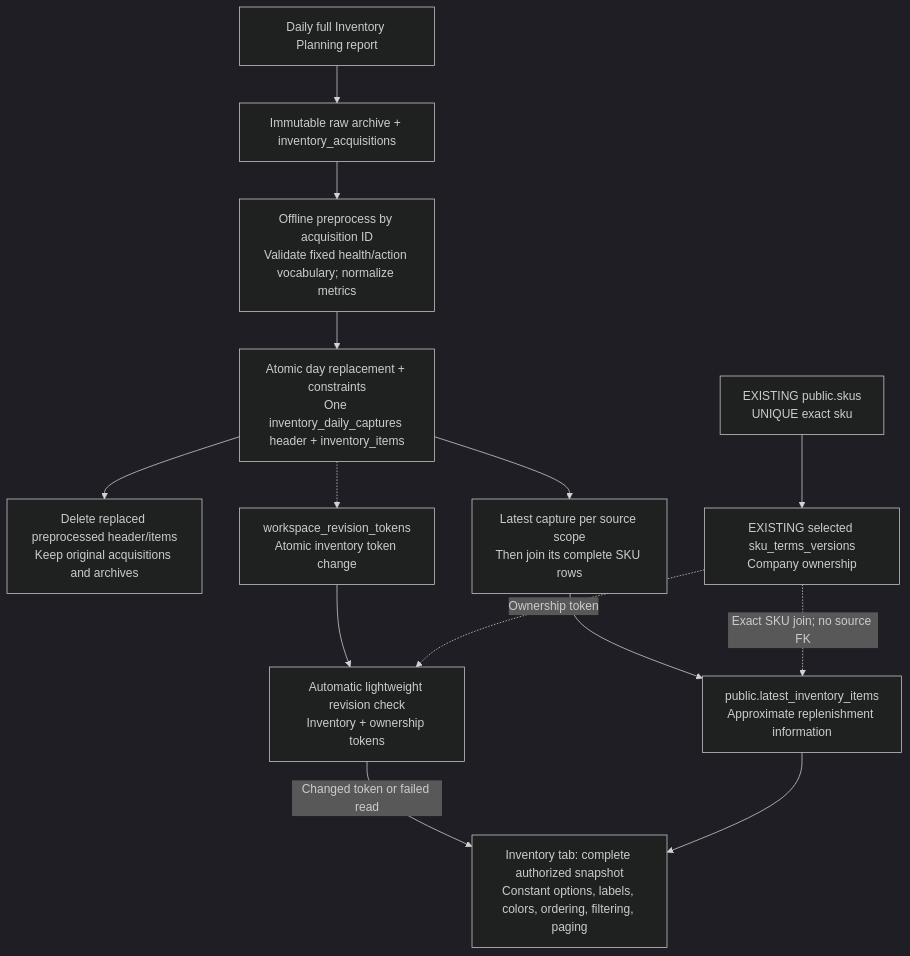
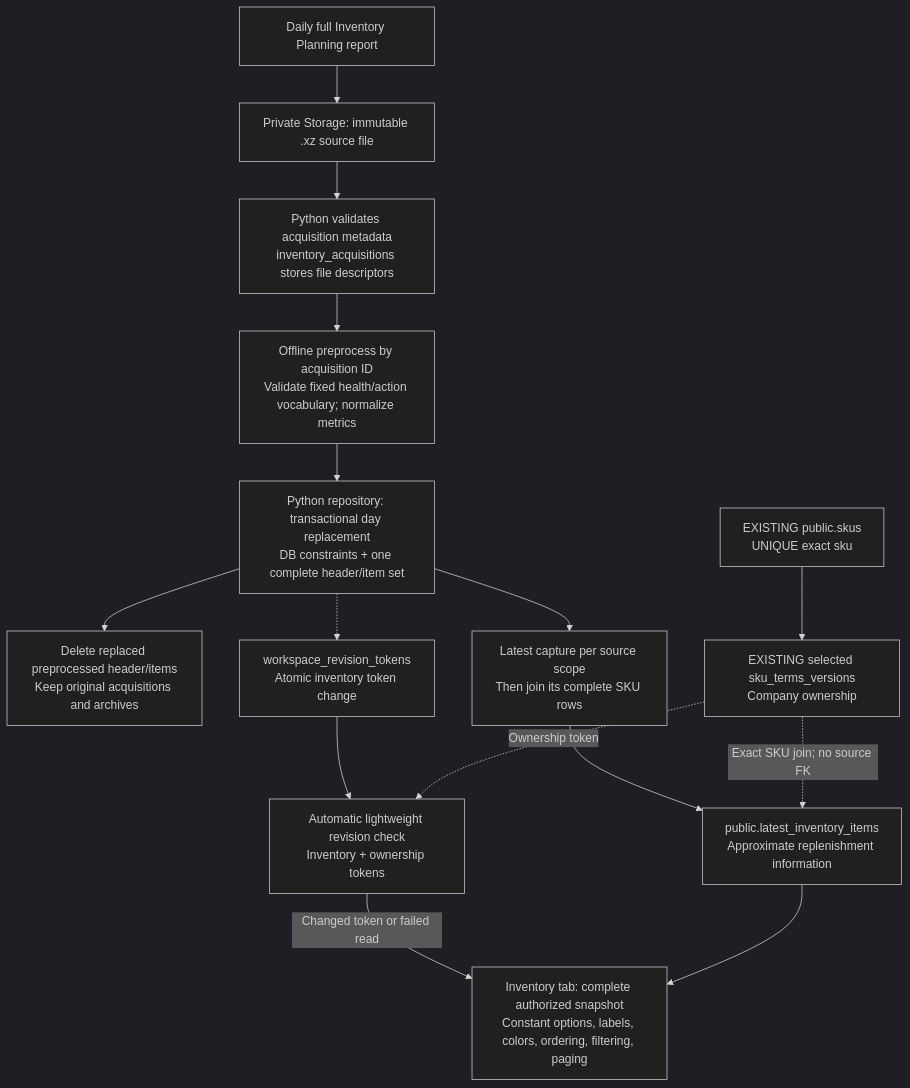
The diagram in docs/figures/database/10-inventory-workflow.mmd (qwercxzsda/A-SelBox), drawn with Mermaid (dark theme) before and after one commit. The commit also changed 113 other files, not shown here.

```diff
--- a/docs/figures/database/10-inventory-workflow.mmd
+++ b/docs/figures/database/10-inventory-workflow.mmd
@@ -1,21 +1,22 @@
 flowchart TB
     API["Daily full Inventory Planning report"]
-    ARCHIVE["Immutable raw archive + inventory_acquisitions"]
+    ARCHIVE["Private Storage: immutable .xz source file"]
+    MANIFEST["Python validates acquisition metadata<br/>inventory_acquisitions stores file descriptors"]
     PARSE["Offline preprocess by acquisition ID<br/>Validate fixed health/action vocabulary; normalize metrics"]
-    REPLACE["Atomic day replacement + constraints<br/>One inventory_daily_captures header + inventory_items"]
+    REPLACE["Python repository: transactional day replacement<br/>DB constraints + one complete header/item set"]
     OLD["Delete replaced preprocessed header/items<br/>Keep original acquisitions and archives"]
     LATEST["Latest capture per source scope<br/>Then join its complete SKU rows"]
     SKU["EXISTING public.skus<br/>UNIQUE exact sku"]
     TERMS["EXISTING selected sku_terms_versions<br/>Company ownership"]
     VIEW["public.latest_inventory_items<br/>Approximate replenishment information"]
     TOKEN["workspace_revision_tokens<br/>Atomic inventory token change"]
     CHECK["Automatic lightweight revision check<br/>Inventory + ownership tokens"]
     BROWSER["Inventory tab: complete authorized snapshot<br/>Constant options, labels, colors, ordering, filtering, paging"]
-    API --> ARCHIVE --> PARSE --> REPLACE --> LATEST --> VIEW
+    API --> ARCHIVE --> MANIFEST --> PARSE --> REPLACE --> LATEST --> VIEW
     REPLACE --> OLD
     REPLACE -.-> TOKEN --> CHECK
     TERMS -.->|"Ownership token"| CHECK
     CHECK -->|"Changed token or failed read"| BROWSER
     VIEW --> BROWSER
     SKU --> TERMS
     TERMS -.->|"Exact SKU join; no source FK"| VIEW
```
